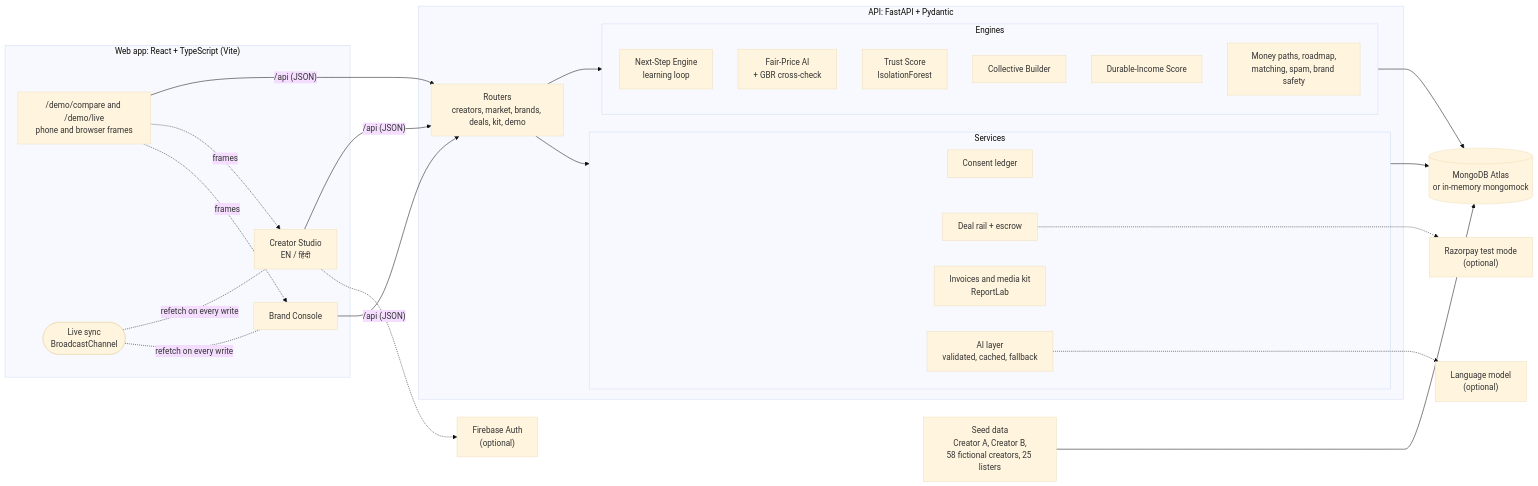
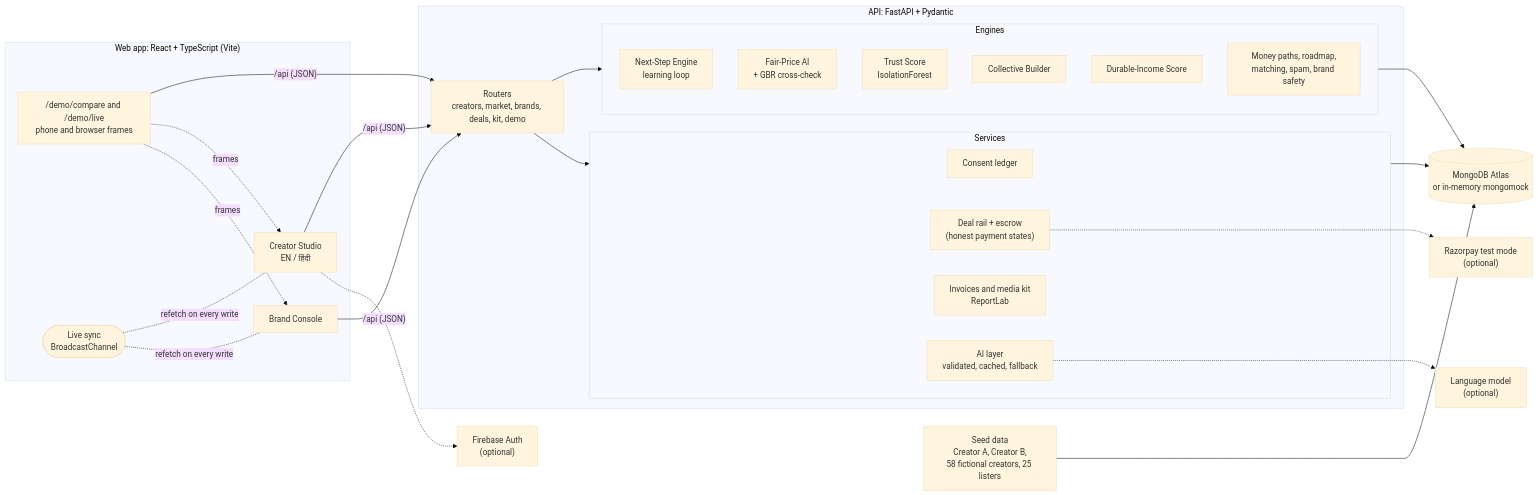
The diagram in README.md (KeshavMishra0139/DealMeet-AI), drawn with Mermaid (base theme) before and after one commit. The commit also changed other lines of this file and 41 other files, not shown here.

````diff
--- a/README.md
+++ b/README.md
@@ -79,43 +80,43 @@
 ```mermaid
 flowchart LR
   subgraph WEB["Web app: React + TypeScript (Vite)"]
     CS["Creator Studio<br/>EN / हिंदी"]
     BC["Brand Console"]
     DEMO["/demo/compare and /demo/live<br/>phone and browser frames"]
     SYNC(["Live sync<br/>BroadcastChannel"])
   end
 
   subgraph API["API: FastAPI + Pydantic"]
     ROUTES["Routers<br/>creators, market, brands, deals, kit, demo"]
     subgraph ENG["Engines"]
       NS["Next-Step Engine<br/>learning loop"]
       FP["Fair-Price AI<br/>+ GBR cross-check"]
       TR["Trust Score<br/>IsolationForest"]
       COL["Collective Builder"]
       DI["Durable-Income Score"]
       MP["Money paths, roadmap,<br/>matching, spam, brand safety"]
     end
     subgraph SVC["Services"]
       CON["Consent ledger"]
-      RAIL["Deal rail + escrow"]
+      RAIL["Deal rail + escrow<br/>(honest payment states)"]
       PDF["Invoices and media kit<br/>ReportLab"]
       AI["AI layer<br/>validated, cached, fallback"]
     end
   end
 
   DB[("MongoDB Atlas<br/>or in-memory mongomock")]
   SEED["Seed data<br/>Creator A, Creator B,<br/>58 fictional creators, 25 listers"]
   LLM["Language model<br/>(optional)"]
   PAY["Razorpay test mode<br/>(optional)"]
   FB["Firebase Auth<br/>(optional)"]
 
   CS & BC & DEMO -->|"/api (JSON)"| ROUTES
   DEMO -.->|frames| CS & BC
   SYNC -.-|refetch on every write| CS & BC
   ROUTES --> ENG & SVC
   ENG & SVC --> DB
   SEED --> DB
   AI -.-> LLM
   RAIL -.-> PAY
   CS -.-> FB
 ```
````
